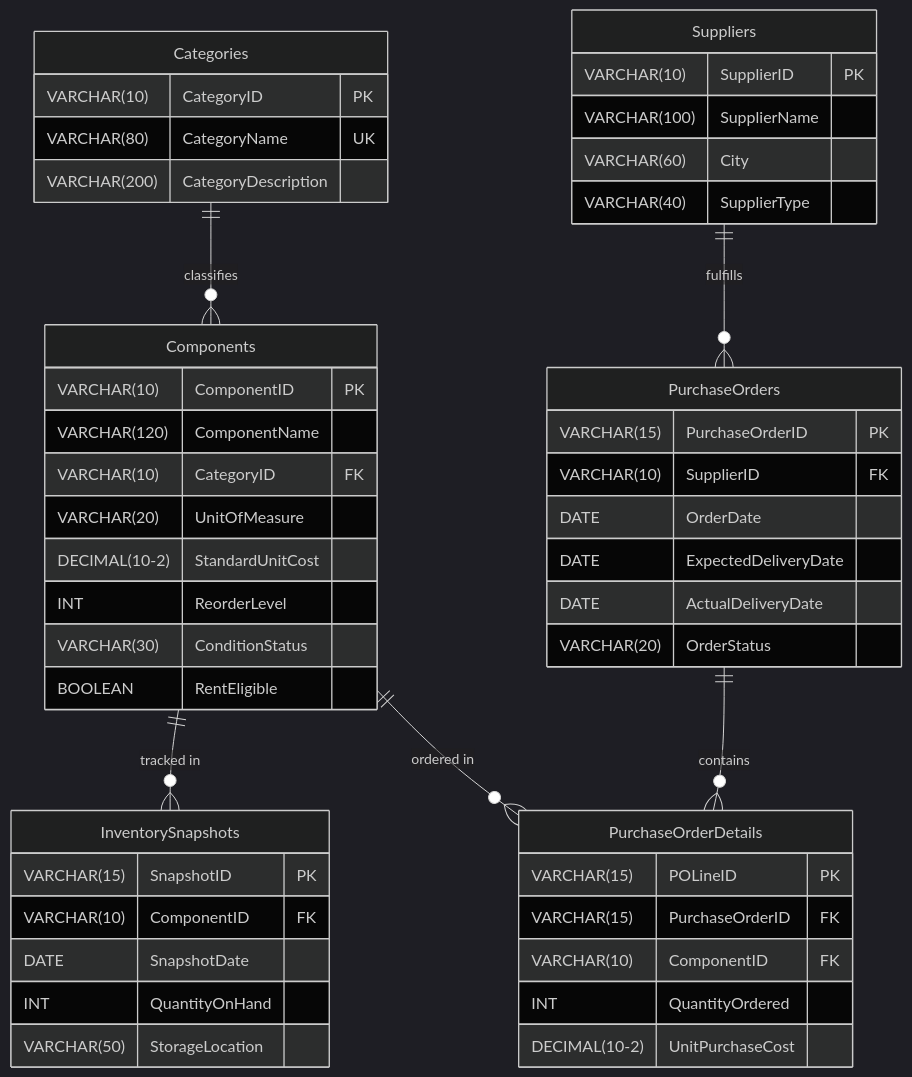
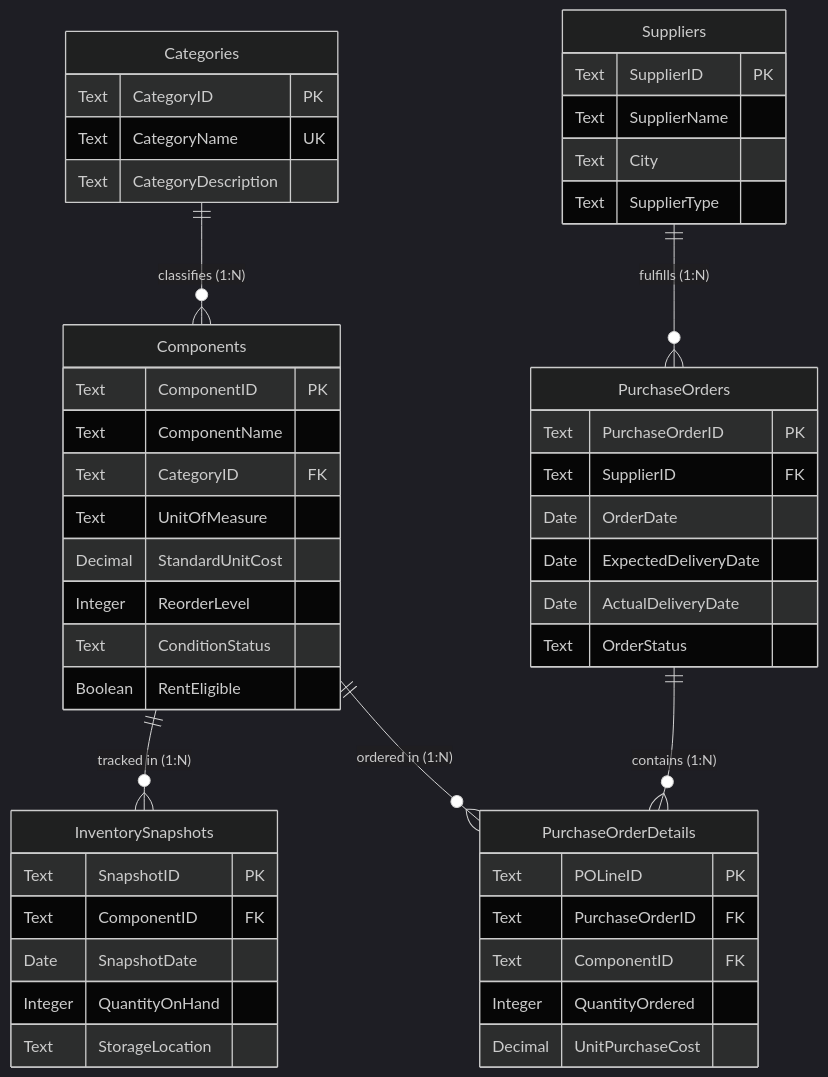
One commit to shashaank747/Electronics-Component-Analytics changed the diagram in 02_Dataset/data_dictionary.md. Above: the diagram before and after it, drawn with Mermaid (dark theme). The commit also changed other lines of this file and 42 other files, not shown here.

````diff
--- a/02_Dataset/data_dictionary.md
+++ b/02_Dataset/data_dictionary.md
@@ -36,57 +37,57 @@
 ```mermaid
 erDiagram
-    Categories ||--o{ Components : "classifies"
-    Components ||--o{ InventorySnapshots : "tracked in"
-    Components ||--o{ PurchaseOrderDetails : "ordered in"
-    Suppliers ||--o{ PurchaseOrders : "fulfills"
-    PurchaseOrders ||--o{ PurchaseOrderDetails : "contains"
+    Categories ||--o{ Components : "classifies (1:N)"
+    Components ||--o{ InventorySnapshots : "tracked in (1:N)"
+    Components ||--o{ PurchaseOrderDetails : "ordered in (1:N)"
+    Suppliers ||--o{ PurchaseOrders : "fulfills (1:N)"
+    PurchaseOrders ||--o{ PurchaseOrderDetails : "contains (1:N)"
 
     Categories {
-        VARCHAR(10) CategoryID PK
-        VARCHAR(80) CategoryName UK
-        VARCHAR(200) CategoryDescription
+        Text CategoryID PK
+        Text CategoryName UK
+        Text CategoryDescription
     }
 
     Components {
-        VARCHAR(10) ComponentID PK
-        VARCHAR(120) ComponentName
-        VARCHAR(10) CategoryID FK
-        VARCHAR(20) UnitOfMeasure
-        DECIMAL(10-2) StandardUnitCost
-        INT ReorderLevel
-        VARCHAR(30) ConditionStatus
-        BOOLEAN RentEligible
+        Text ComponentID PK
+        Text ComponentName
+        Text CategoryID FK
+        Text UnitOfMeasure
+        Decimal StandardUnitCost
+        Integer ReorderLevel
+        Text ConditionStatus
+        Boolean RentEligible
     }
 
     Suppliers {
-        VARCHAR(10) SupplierID PK
-        VARCHAR(100) SupplierName
-        VARCHAR(60) City
-        VARCHAR(40) SupplierType
+        Text SupplierID PK
+        Text SupplierName
+        Text City
+        Text SupplierType
     }
 
     InventorySnapshots {
-        VARCHAR(15) SnapshotID PK
-        VARCHAR(10) ComponentID FK
-        DATE SnapshotDate
-        INT QuantityOnHand
-        VARCHAR(50) StorageLocation
+        Text SnapshotID PK
+        Text ComponentID FK
+        Date SnapshotDate
+        Integer QuantityOnHand
+        Text StorageLocation
     }
 
     PurchaseOrders {
-        VARCHAR(15) PurchaseOrderID PK
-        VARCHAR(10) SupplierID FK
-        DATE OrderDate
-        DATE ExpectedDeliveryDate
-        DATE ActualDeliveryDate
-        VARCHAR(20) OrderStatus
+        Text PurchaseOrderID PK
+        Text SupplierID FK
+        Date OrderDate
+        Date ExpectedDeliveryDate
+        Date ActualDeliveryDate
+        Text OrderStatus
     }
 
     PurchaseOrderDetails {
-        VARCHAR(15) POLineID PK
-        VARCHAR(15) PurchaseOrderID FK
-        VARCHAR(10) ComponentID FK
-        INT QuantityOrdered
-        DECIMAL(10-2) UnitPurchaseCost
+        Text POLineID PK
+        Text PurchaseOrderID FK
+        Text ComponentID FK
+        Integer QuantityOrdered
+        Decimal UnitPurchaseCost
     }
 ```
````
